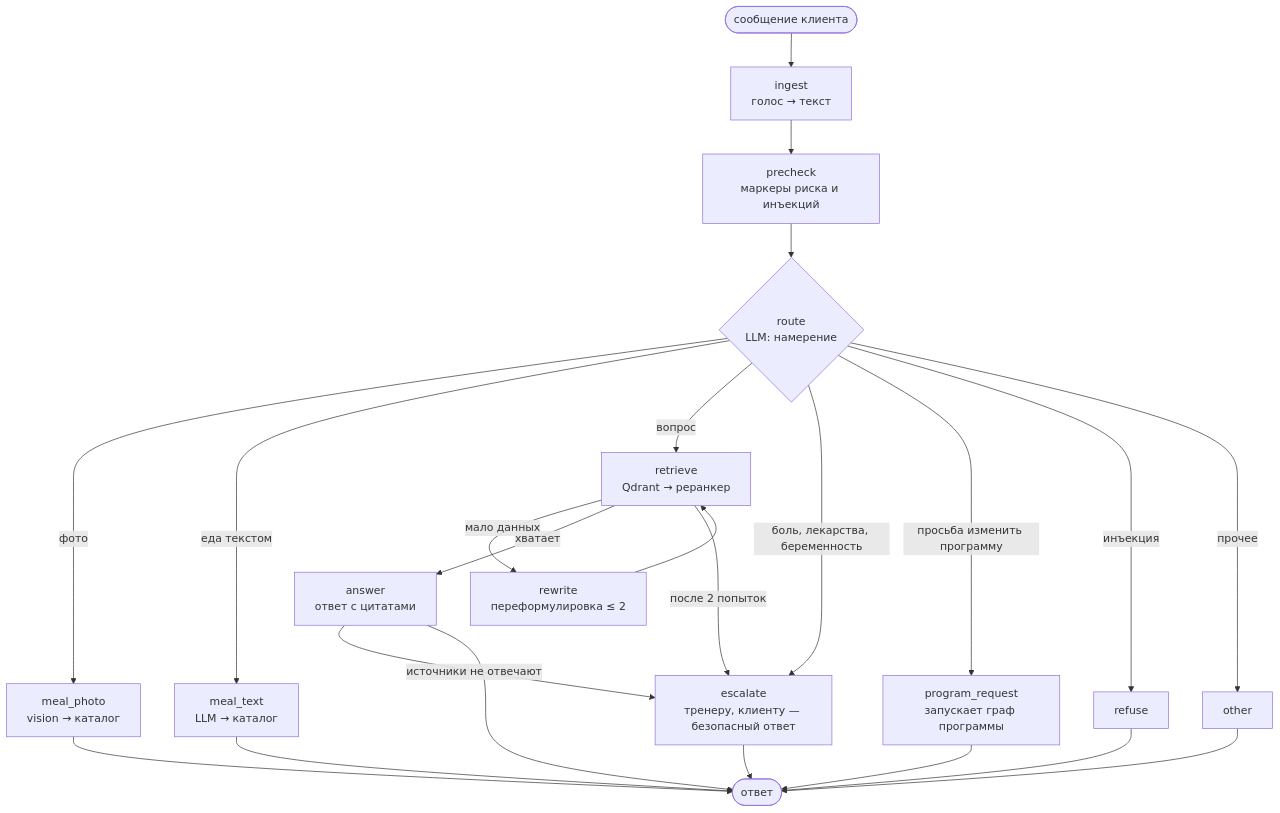
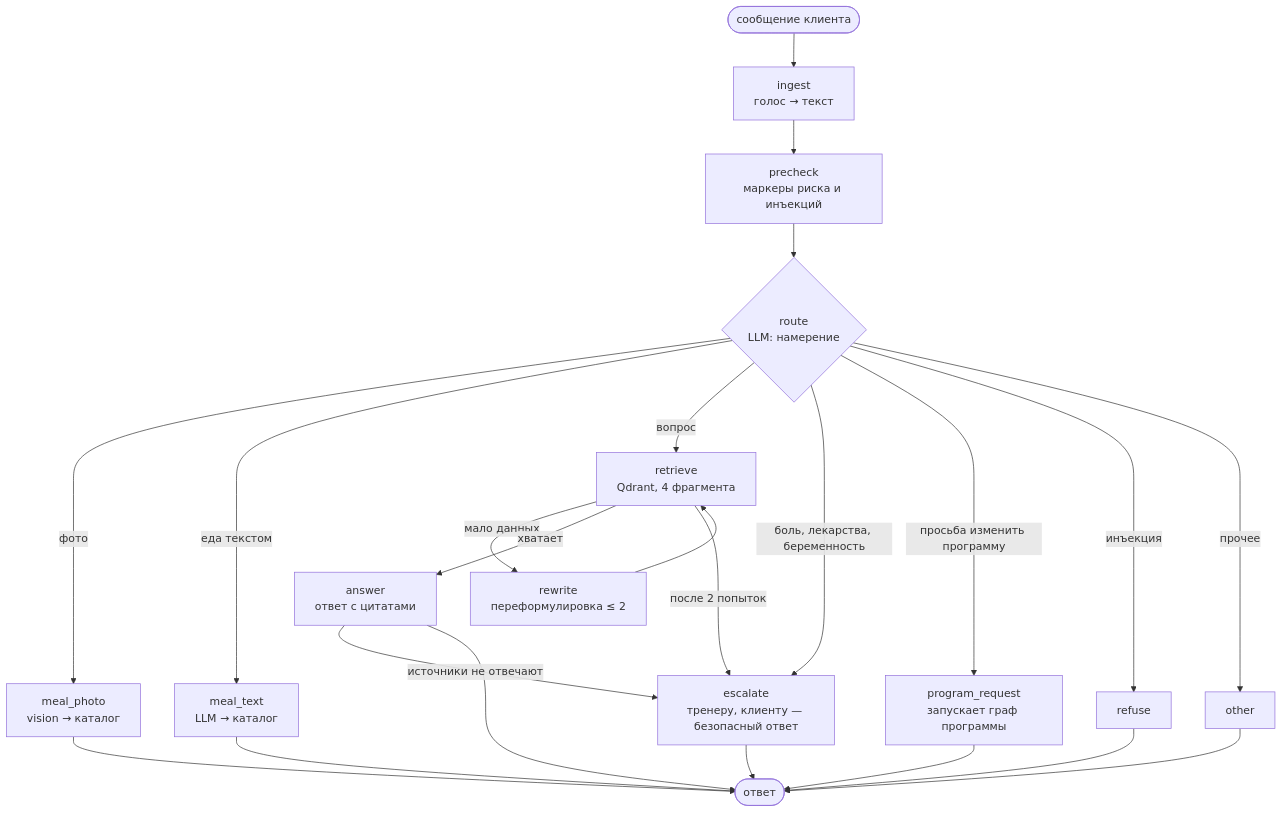
Before and after one commit to DevLuigiGit/tulpar-ai-coach: the second of 3 diagrams in ARCHITECTURE.md, drawn with Mermaid. The commit also changed other lines of this file and 9 other files, not shown here.

````diff
--- a/ARCHITECTURE.md
+++ b/ARCHITECTURE.md
@@ -66,19 +66,19 @@
 ```mermaid
 flowchart TD
   S([сообщение клиента]) --> ingest[ingest<br/>голос → текст]
   ingest --> precheck[precheck<br/>маркеры риска и инъекций]
   precheck --> route{route<br/>LLM: намерение}
   route -- фото --> photo[meal_photo<br/>vision → каталог]
   route -- еда текстом --> mtext[meal_text<br/>LLM → каталог]
-  route -- вопрос --> retrieve[retrieve<br/>Qdrant → реранкер]
+  route -- вопрос --> retrieve[retrieve<br/>Qdrant, 4 фрагмента]
   retrieve -- мало данных --> rewrite[rewrite<br/>переформулировка ≤ 2]
   rewrite --> retrieve
   retrieve -- хватает --> answer[answer<br/>ответ с цитатами]
   answer -- источники не отвечают --> esc
   retrieve -- после 2 попыток --> esc
   route -- боль, лекарства, беременность --> esc[escalate<br/>тренеру, клиенту — безопасный ответ]
   route -- просьба изменить программу --> preq[program_request<br/>запускает граф программы]
   route -- инъекция --> refuse[refuse]
   route -- прочее --> other[other]
   photo & mtext & answer & esc & preq & refuse & other --> E([ответ])
 ```
````
